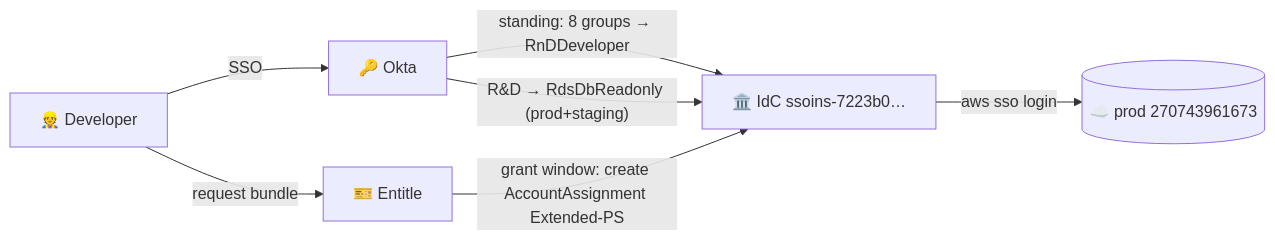
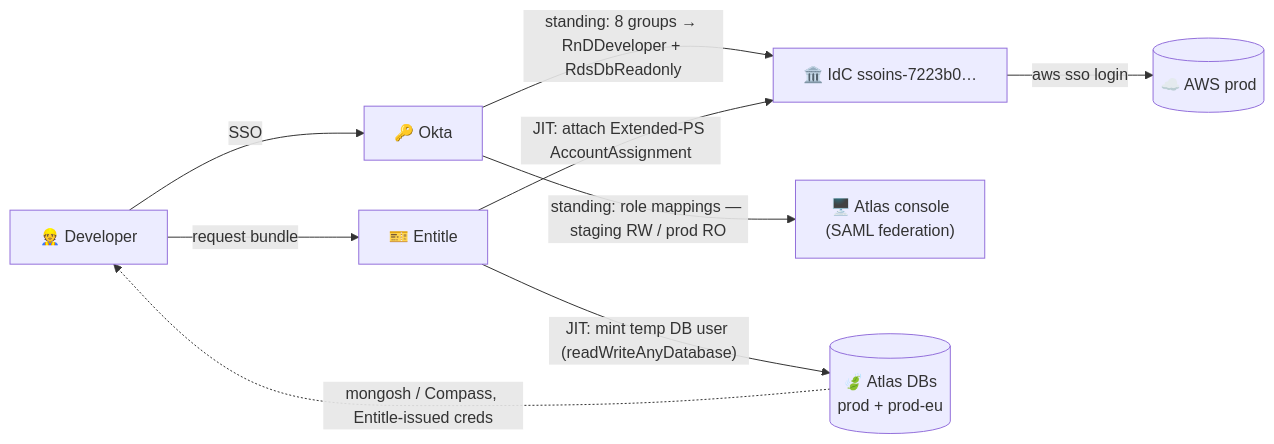
The diagram in presentations/drafts/least-privileges-implemented/pres.md (OrenOren1/blog), drawn with Mermaid before and after one commit. The commit also changed other lines of this file and 124 other files, not shown here.

Commit message:
content(presentations): auth-chains diagram covers MongoDB paths

````diff
--- a/presentations/drafts/least-privileges-implemented/pres.md
+++ b/presentations/drafts/least-privileges-implemented/pres.md
@@ -52,15 +52,19 @@
 ```mermaid
 flowchart LR
   DEV["👷 Developer"]
   OKTA["🔑 Okta"]
   ENT["🎫 Entitle"]
   IDC["🏛️ IdC ssoins-7223b0…"]
-  PROD[("☁️ prod 270743961673")]
+  PROD[("☁️ AWS prod")]
+  CONSOLE["🖥️ Atlas console<br/>(SAML federation)"]
+  MDB[("🍃 Atlas DBs<br/>prod + prod-eu")]
 
   DEV -->|SSO| OKTA
-  OKTA -->|"standing: 8 groups → RnDDeveloper"| IDC
-  OKTA -->|"R&D → RdsDbReadonly (prod+staging)"| IDC
+  OKTA -->|"standing: 8 groups → RnDDeveloper + RdsDbReadonly"| IDC
+  IDC -->|"aws sso login"| PROD
+  OKTA -->|"standing: role mappings — staging RW / prod RO"| CONSOLE
   DEV -->|"request bundle"| ENT
-  ENT -->|"grant window: create AccountAssignment Extended-PS"| IDC
-  IDC -->|"aws sso login"| PROD
+  ENT -->|"JIT: attach Extended-PS AccountAssignment"| IDC
+  ENT -->|"JIT: mint temp DB user (readWriteAnyDatabase)"| MDB
+  MDB -.->|"mongosh / Compass, Entitle-issued creds"| DEV
 ```
````
